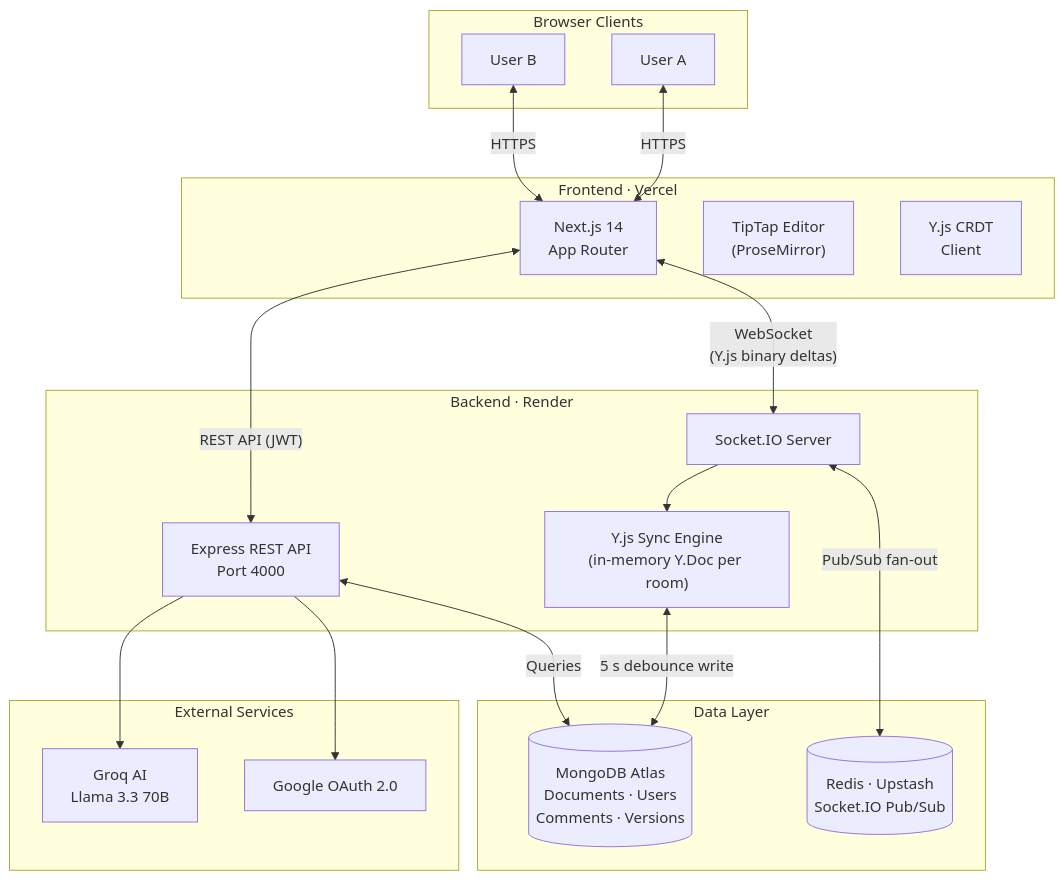
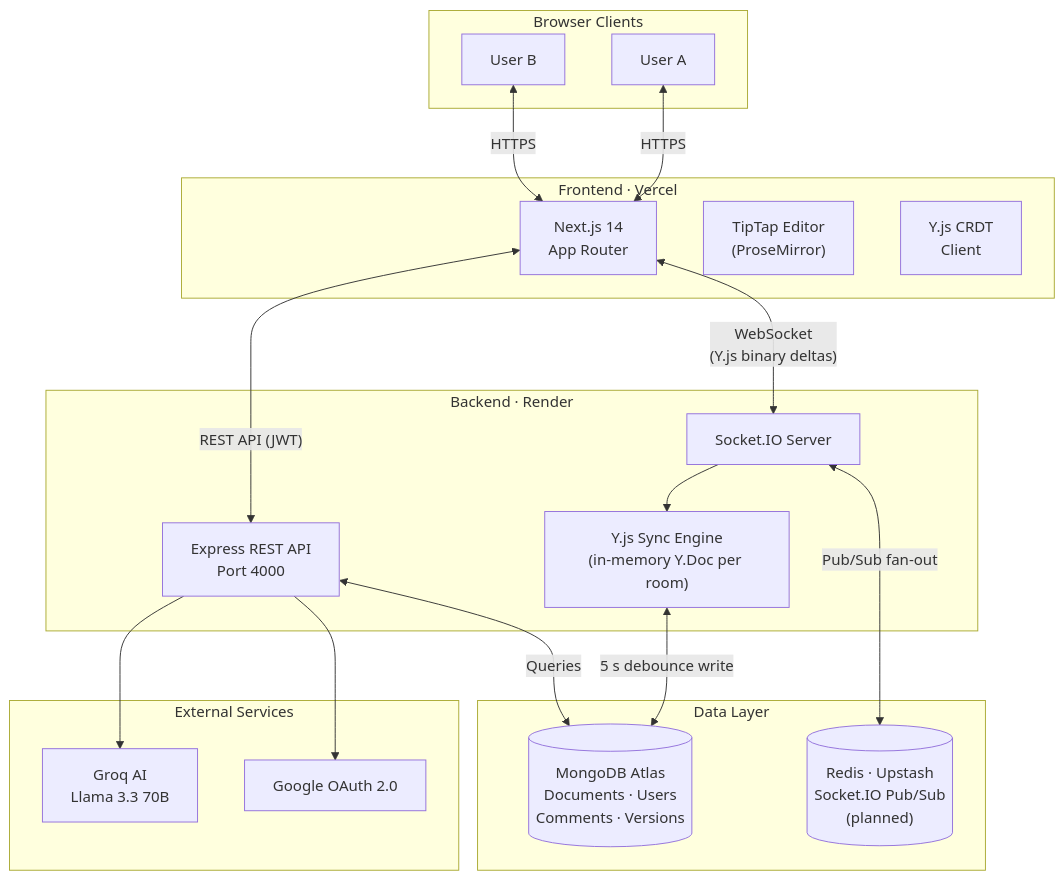
The diagram in README.md (imsumit28/CollabDocs), drawn with Mermaid before and after one commit. The commit also changed other lines of this file and 2 other files, not shown here.

Commit message:
docs: update Redis references to optional/future planned feature

````diff
--- a/README.md
+++ b/README.md
@@ -58,40 +58,40 @@
 ```mermaid
 graph TB
     subgraph Clients["Browser Clients"]
         B1["User A"]
         B2["User B"]
     end
 
     subgraph Frontend["Frontend · Vercel"]
         NX["Next.js 14\nApp Router"]
         TE["TipTap Editor\n(ProseMirror)"]
         YC["Y.js CRDT\nClient"]
     end
 
     subgraph Backend["Backend · Render"]
         EX["Express REST API\nPort 4000"]
         SO["Socket.IO Server"]
         YS["Y.js Sync Engine\n(in-memory Y.Doc per room)"]
     end
 
     subgraph DataLayer["Data Layer"]
         MG[("MongoDB Atlas\nDocuments · Users\nComments · Versions")]
-        RD[("Redis · Upstash\nSocket.IO Pub/Sub")]
+        RD[("Redis · Upstash\nSocket.IO Pub/Sub\n(planned)")]
     end
 
     subgraph External["External Services"]
         GR["Groq AI\nLlama 3.3 70B"]
         GO["Google OAuth 2.0"]
     end
 
     B1 <-->|HTTPS| NX
     B2 <-->|HTTPS| NX
     NX <-->|"REST API (JWT)"| EX
     NX <-->|"WebSocket\n(Y.js binary deltas)"| SO
     SO --> YS
     YS <-->|"5 s debounce write"| MG
     EX <-->|Queries| MG
     SO <-->|Pub/Sub fan-out| RD
     EX --> GR
     EX --> GO
 ```
````
